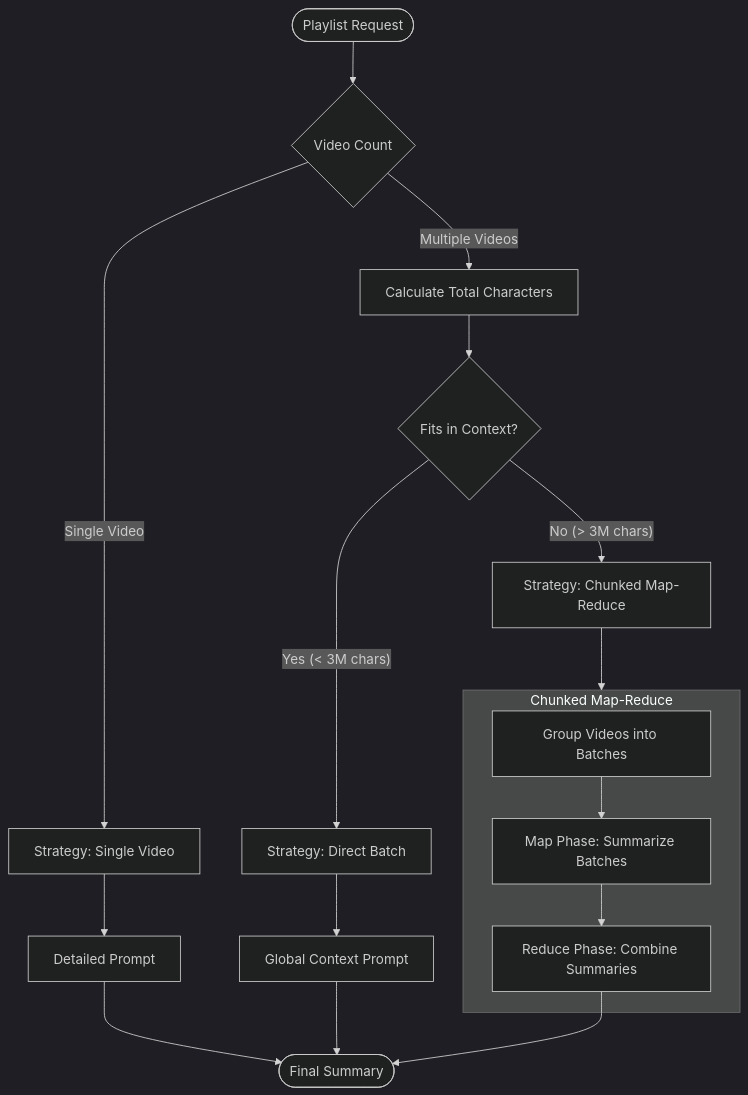
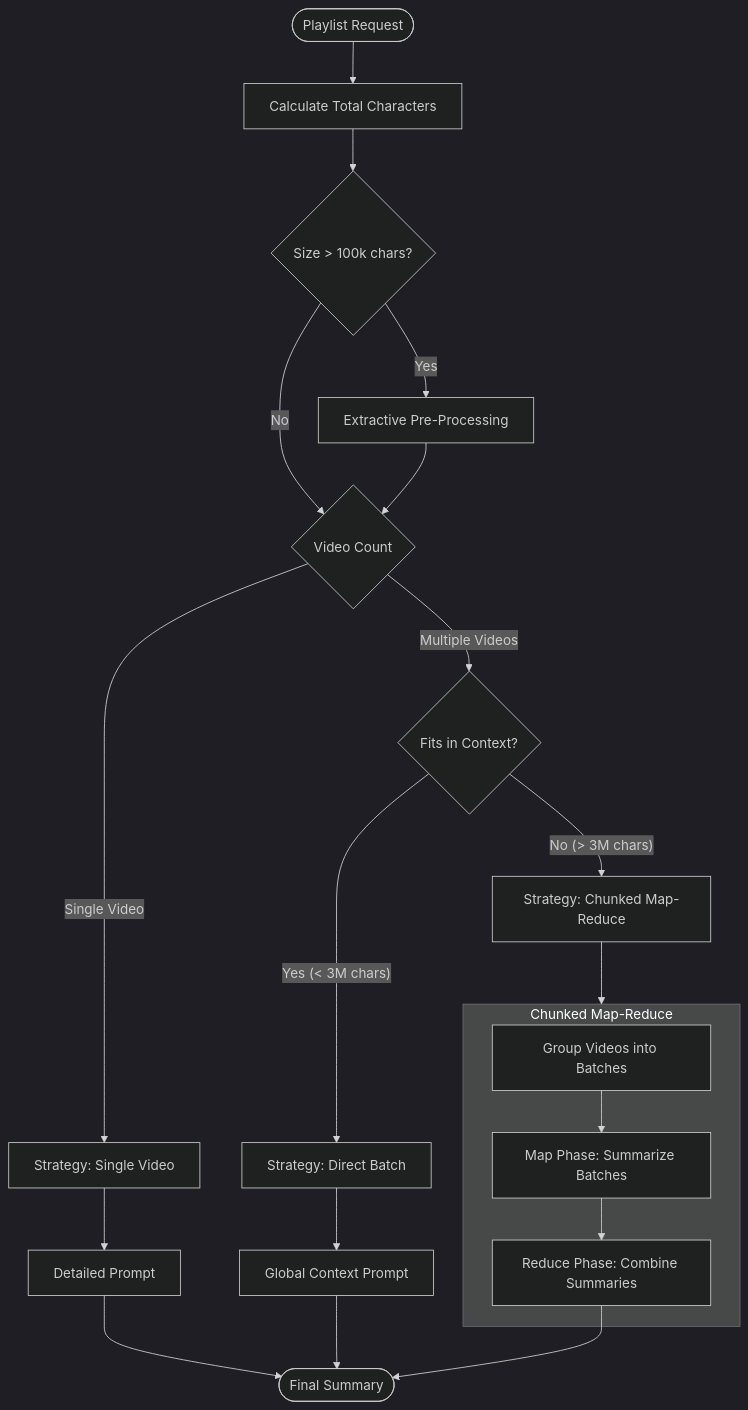
The diagram in docs/summarization.md (smolikja/yt-playlist-sum-be), drawn with Mermaid (dark theme) before and after one commit. The commit also changed other lines of this file and 3 other files, not shown here.

````diff
--- a/docs/summarization.md
+++ b/docs/summarization.md
@@ -11,28 +11,32 @@
 ```mermaid
 flowchart TD
-    Start([Playlist Request]) --> Count{Video Count}
+    Start([Playlist Request]) --> CalcSize[Calculate Total Characters]
+    
+    CalcSize --> CheckExtract{Size > 100k chars?}
+    
+    CheckExtract -- Yes --> Extract[Extractive Pre-Processing]
+    CheckExtract -- No --> Count
+    Extract --> Count{Video Count}
     
     Count -- "Single Video" --> Single[Strategy: Single Video]
-    Count -- "Multiple Videos" --> CalcSize[Calculate Total Characters]
-    
-    CalcSize --> CheckLimit{Fits in Context?}
+    Count -- "Multiple Videos" --> CheckLimit{Fits in Context?}
     
     CheckLimit -- "Yes (< 3M chars)" --> Direct[Strategy: Direct Batch]
     CheckLimit -- "No (> 3M chars)" --> MapReduce[Strategy: Chunked Map-Reduce]
     
     Single --> Prompt1[Detailed Prompt]
     Direct --> Prompt2[Global Context Prompt]
     
     subgraph CMR [Chunked Map-Reduce]
         Chunking[Group Videos into Batches]
         Map[Map Phase: Summarize Batches]
         Reduce[Reduce Phase: Combine Summaries]
         Chunking --> Map --> Reduce
     end
     
     MapReduce --> CMR
     
     Prompt1 --> Output([Final Summary])
     Prompt2 --> Output
     Reduce --> Output
 ```
````
